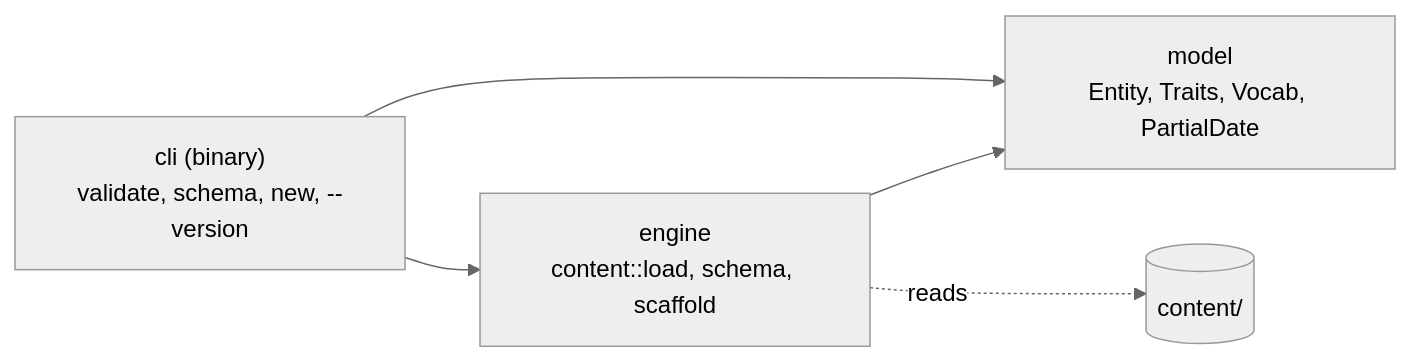
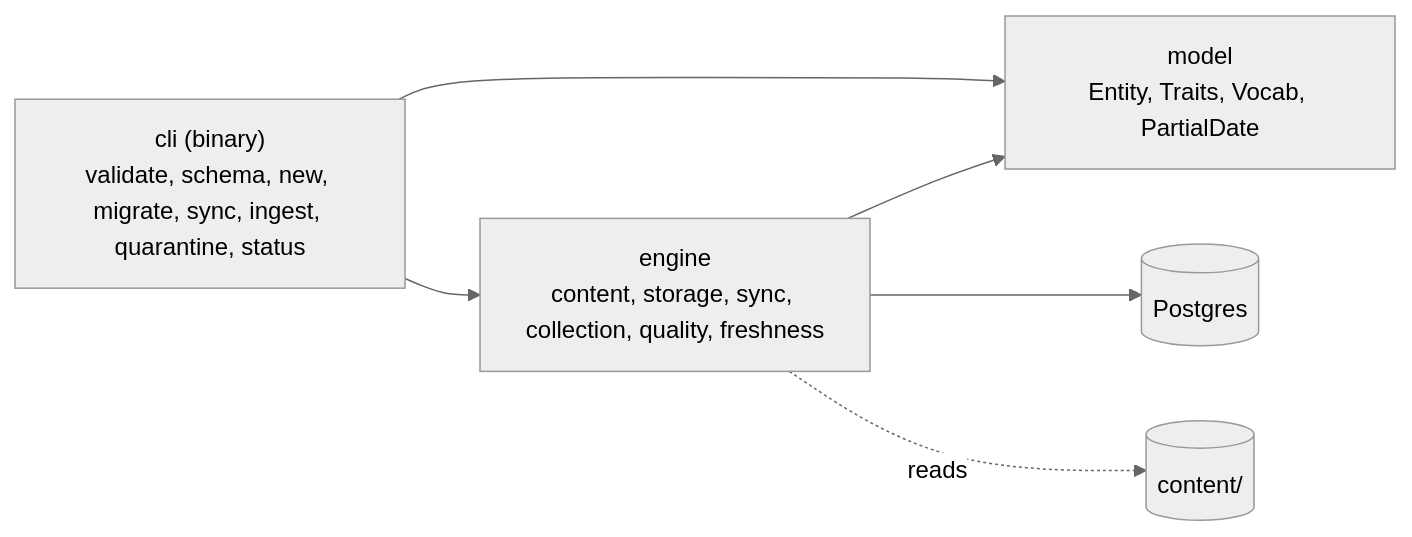
The second of 2 diagrams in docs/MINDMAP.md (winksen/Crispy-Potato), drawn with Mermaid (neutral theme) before and after one commit. The commit also changed other lines of this file and 18 other files, not shown here.

````diff
--- a/docs/MINDMAP.md
+++ b/docs/MINDMAP.md
@@ -96,7 +96,8 @@
 ```mermaid
 flowchart LR
-  cli["cli (binary)<br/>validate, schema, new, --version"] --> engine["engine<br/>content::load, schema, scaffold"]
+  cli["cli (binary)<br/>validate, schema, new, migrate, sync, ingest, quarantine, status"] --> engine["engine<br/>content, storage, sync, collection, quality, freshness"]
   cli --> model
   engine --> model["model<br/>Entity, Traits, Vocab, PartialDate"]
+  engine --> postgres[(Postgres)]
   engine -. reads .-> content[("content/")]
 ```
````
